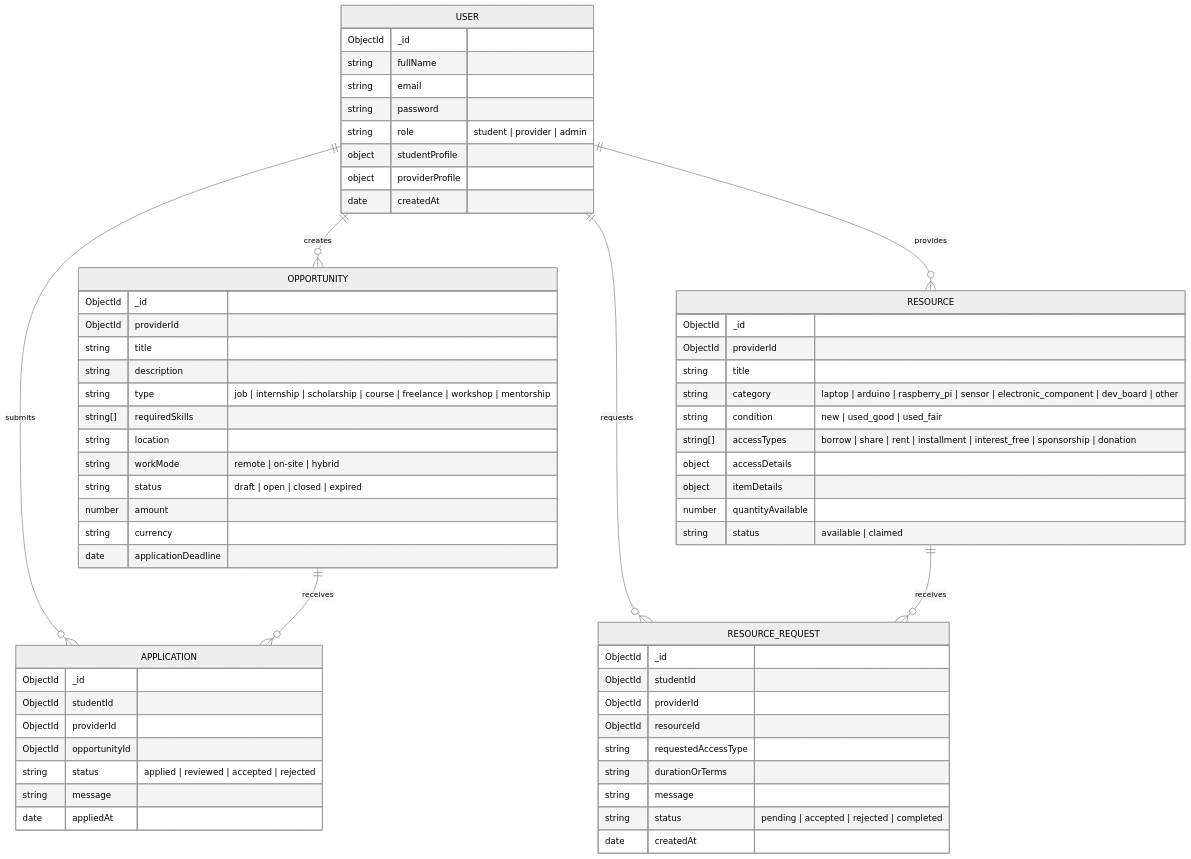
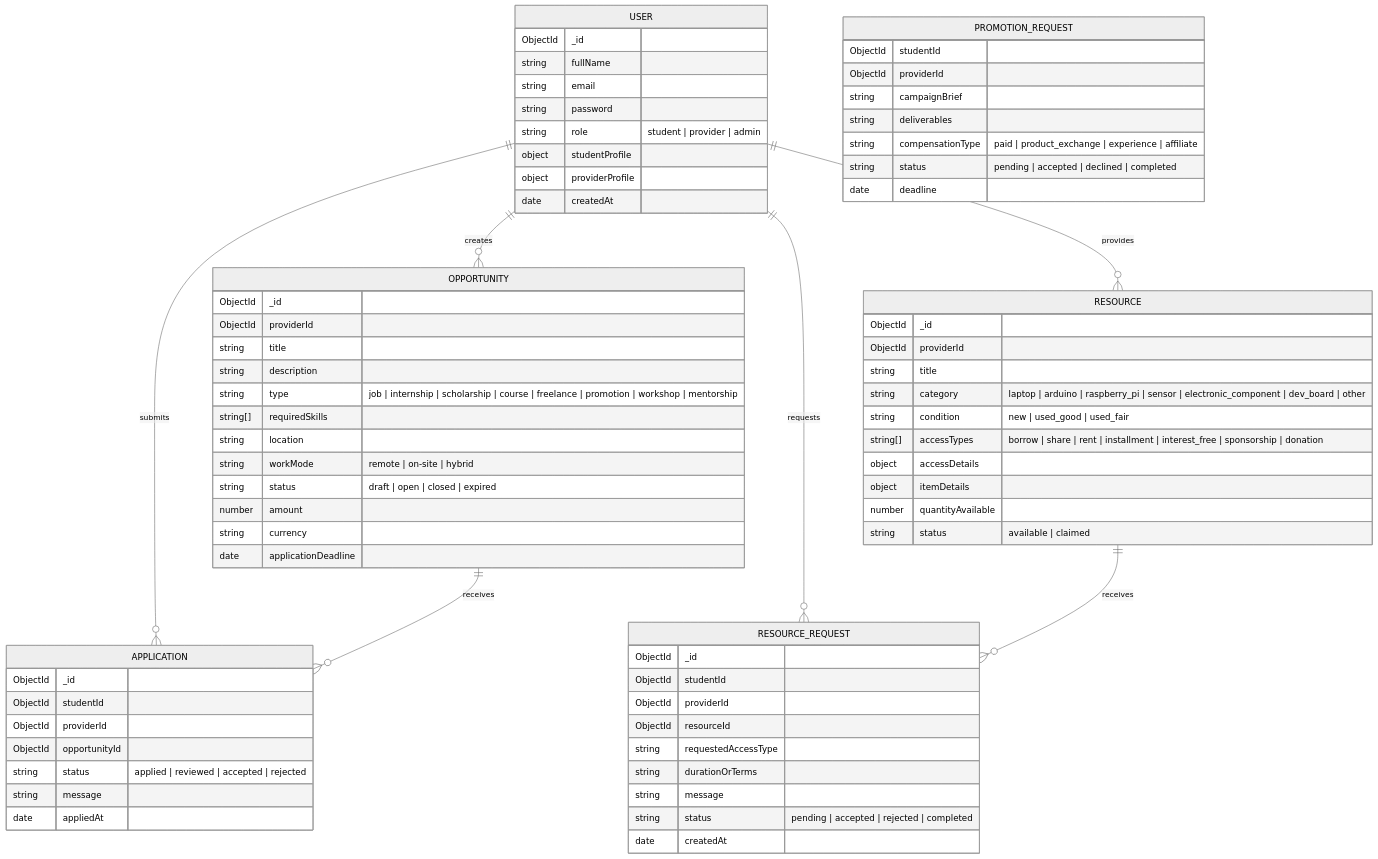
Before and after one commit to HajithMohamed/Tech_Bridge: the diagram in README.md, drawn with Mermaid (neutral theme). The commit also changed other lines of this file and 135 other files, not shown here.

````diff
--- a/README.md
+++ b/README.md
@@ -234,70 +241,80 @@
 ```mermaid
 erDiagram
     USER ||--o{ OPPORTUNITY : creates
     USER ||--o{ RESOURCE : provides
     USER ||--o{ APPLICATION : submits
     USER ||--o{ RESOURCE_REQUEST : requests
     OPPORTUNITY ||--o{ APPLICATION : receives
     RESOURCE ||--o{ RESOURCE_REQUEST : receives
 
     USER {
         ObjectId _id
         string fullName
         string email
         string password
         string role "student | provider | admin"
         object studentProfile
         object providerProfile
         date createdAt
     }
 
     OPPORTUNITY {
         ObjectId _id
         ObjectId providerId
         string title
         string description
-        string type "job | internship | scholarship | course | freelance | workshop | mentorship"
+        string type "job | internship | scholarship | course | freelance | promotion | workshop | mentorship"
         string[] requiredSkills
         string location
         string workMode "remote | on-site | hybrid"
         string status "draft | open | closed | expired"
         number amount
         string currency
         date applicationDeadline
     }
 
     RESOURCE {
         ObjectId _id
         ObjectId providerId
         string title
         string category "laptop | arduino | raspberry_pi | sensor | electronic_component | dev_board | other"
         string condition "new | used_good | used_fair"
         string[] accessTypes "borrow | share | rent | installment | interest_free | sponsorship | donation"
         object accessDetails
         object itemDetails
         number quantityAvailable
         string status "available | claimed"
     }
 
     APPLICATION {
         ObjectId _id
         ObjectId studentId
         ObjectId providerId
         ObjectId opportunityId
         string status "applied | reviewed | accepted | rejected"
         string message
         date appliedAt
     }
 
     RESOURCE_REQUEST {
         ObjectId _id
         ObjectId studentId
         ObjectId providerId
         ObjectId resourceId
         string requestedAccessType
         string durationOrTerms
         string message
         string status "pending | accepted | rejected | completed"
         date createdAt
     }
+
+    PROMOTION_REQUEST {
+        ObjectId studentId
+        ObjectId providerId
+        string campaignBrief
+        string deliverables
+        string compensationType "paid | product_exchange | experience | affiliate"
+        string status "pending | accepted | declined | completed"
+        date deadline
+    }
 ```
````
